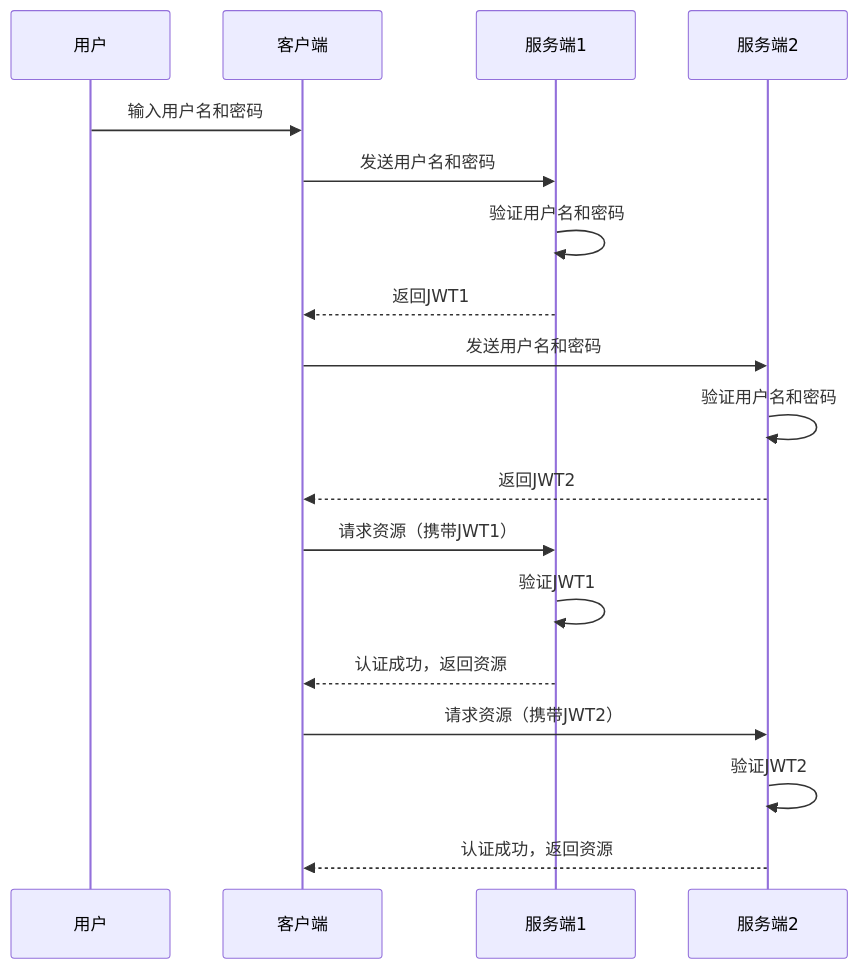
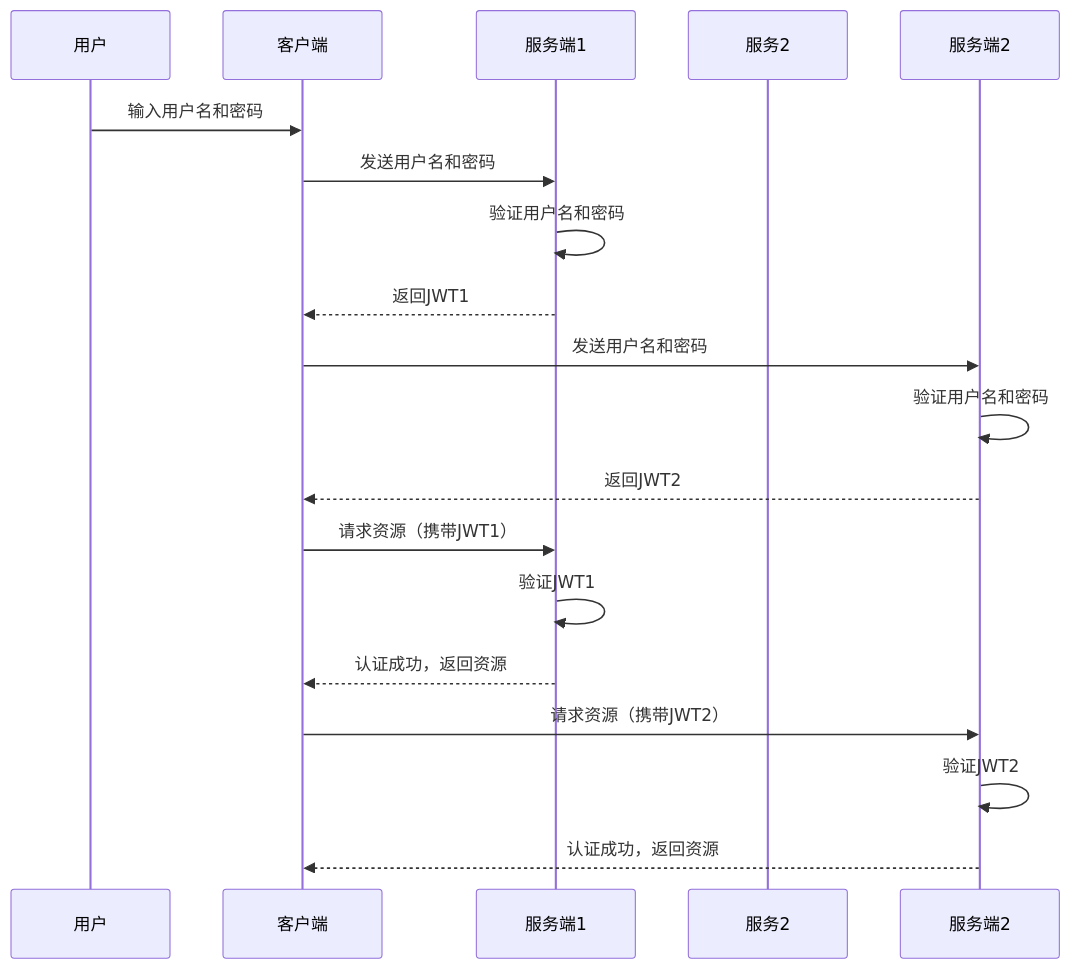
One commit to xunbu/notes changed the fifth of 10 diagrams in 互联网认证授权机制/互联网认证授权机制.md. Above: the diagram before and after it, drawn with Mermaid. The commit also changed other lines of this file, not shown here.

````diff
--- a/互联网认证授权机制/互联网认证授权机制.md
+++ b/互联网认证授权机制/互联网认证授权机制.md
@@ -123,20 +123,20 @@
 ```mermaid
 sequenceDiagram
 participant 用户
 participant 客户端
 participant 服务端1
-participant 服务端2
+participant 服务2
 用户->>客户端: 输入用户名和密码
 客户端->>服务端1: 发送用户名和密码
 服务端1->>服务端1: 验证用户名和密码
 服务端1-->>客户端: 返回JWT1
 客户端->>服务端2: 发送用户名和密码
 服务端2->>服务端2: 验证用户名和密码
 服务端2-->>客户端: 返回JWT2
 客户端->>服务端1: 请求资源（携带JWT1）
 服务端1->>服务端1: 验证JWT1
 服务端1-->>客户端: 认证成功，返回资源
 客户端->>服务端2: 请求资源（携带JWT2）
 服务端2->>服务端2: 验证JWT2
 服务端2-->>客户端: 认证成功，返回资源
 ```
````
